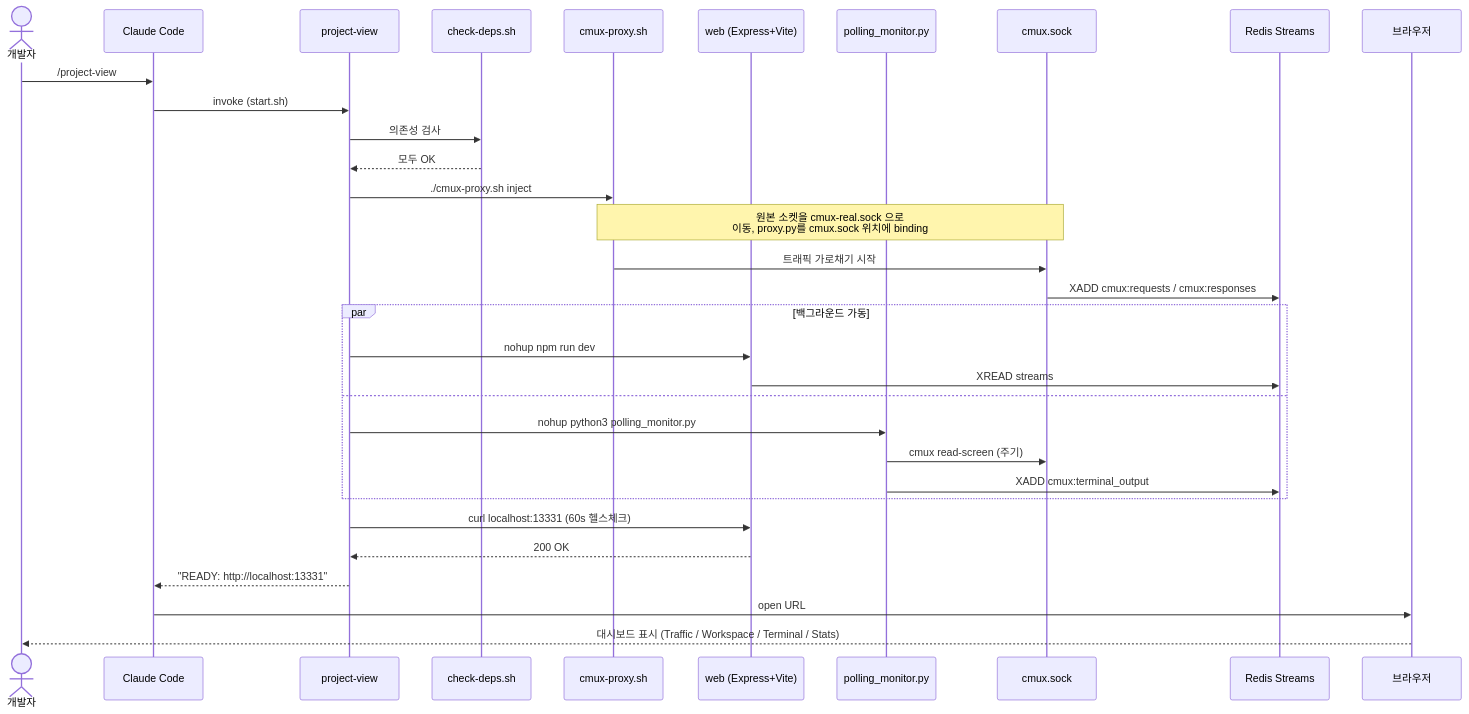
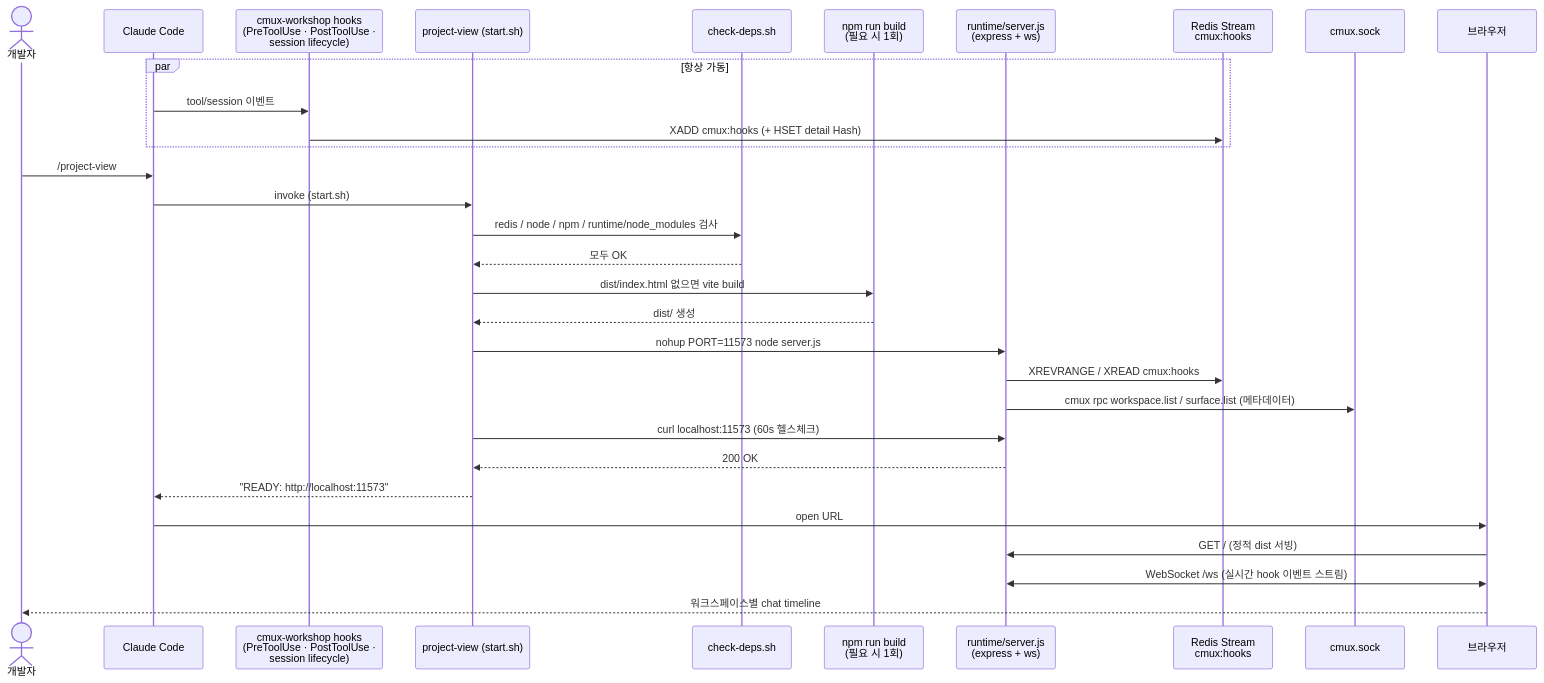
Before and after one commit to merong/cmux-workshop: the seventh of 10 diagrams in README-ko.md, drawn with Mermaid. The commit also changed other lines of this file and 81 other files, not shown here.

````diff
--- a/README-ko.md
+++ b/README-ko.md
@@ -390,38 +391,35 @@
 ```mermaid
 sequenceDiagram
     actor U as 개발자
     participant CC as Claude Code
-    participant PV as project-view
+    participant Hooks as cmux-workshop hooks<br/>(PreToolUse · PostToolUse ·<br/>session lifecycle)
+    participant PV as project-view (start.sh)
     participant Dep as check-deps.sh
-    participant CMP as cmux-proxy.sh
-    participant Web as web (Express+Vite)
-    participant Poll as polling_monitor.py
+    participant Build as npm run build<br/>(필요 시 1회)
+    participant Srv as runtime/server.js<br/>(express + ws)
+    participant R as Redis Stream<br/>cmux:hooks
     participant CS as cmux.sock
-    participant R as Redis Streams
     participant B as 브라우저
+
+    par 항상 가동
+        CC->>Hooks: tool/session 이벤트
+        Hooks->>R: XADD cmux:hooks (+ HSET detail Hash)
+    end
 
     U->>CC: /project-view
     CC->>PV: invoke (start.sh)
-    PV->>Dep: 의존성 검사
+    PV->>Dep: redis / node / npm / runtime/node_modules 검사
     Dep-->>PV: 모두 OK
-
-    PV->>CMP: ./cmux-proxy.sh inject
-    note over CMP,CS: 원본 소켓을 cmux-real.sock 으로<br/>이동, proxy.py를 cmux.sock 위치에 binding
-    CMP->>CS: 트래픽 가로채기 시작
-    CS->>R: XADD cmux:requests / cmux:responses
-
-    par 백그라운드 가동
-        PV->>Web: nohup npm run dev
-        Web->>R: XREAD streams
-    and
-        PV->>Poll: nohup python3 polling_monitor.py
-        Poll->>CS: cmux read-screen (주기)
-        Poll->>R: XADD cmux:terminal_output
-    end
-
-    PV->>Web: curl localhost:13331 (60s 헬스체크)
-    Web-->>PV: 200 OK
-    PV-->>CC: "READY: http://localhost:13331"
+    PV->>Build: dist/index.html 없으면 vite build
+    Build-->>PV: dist/ 생성
+    PV->>Srv: nohup PORT=11573 node server.js
+    Srv->>R: XREVRANGE / XREAD cmux:hooks
+    Srv->>CS: cmux rpc workspace.list / surface.list (메타데이터)
+    PV->>Srv: curl localhost:11573 (60s 헬스체크)
+    Srv-->>PV: 200 OK
+    PV-->>CC: "READY: http://localhost:11573"
     CC->>B: open URL
-    B-->>U: 대시보드 표시 (Traffic / Workspace / Terminal / Stats)
+    B->>Srv: GET /  (정적 dist 서빙)
+    B<<->>Srv: WebSocket /ws  (실시간 hook 이벤트 스트림)
+    B-->>U: 워크스페이스별 chat timeline
 ```
````
